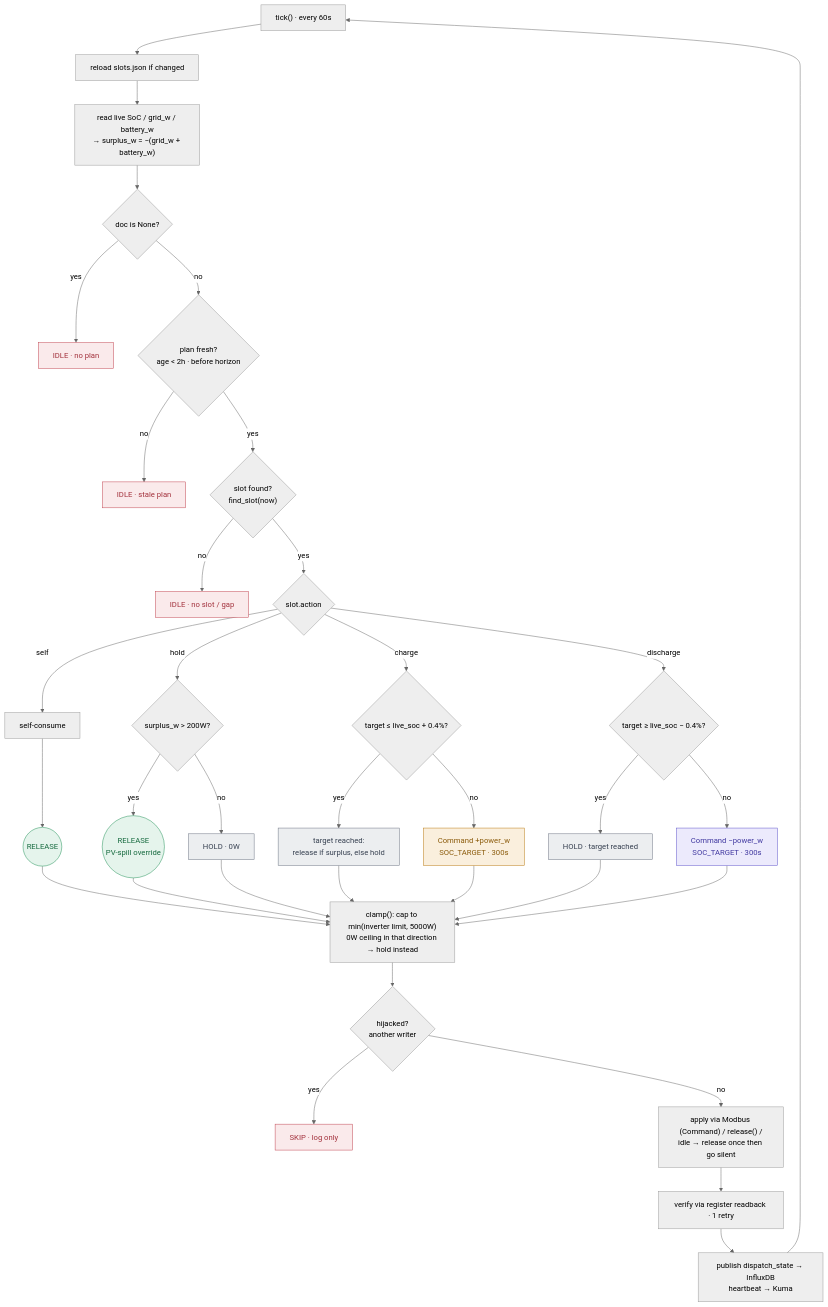
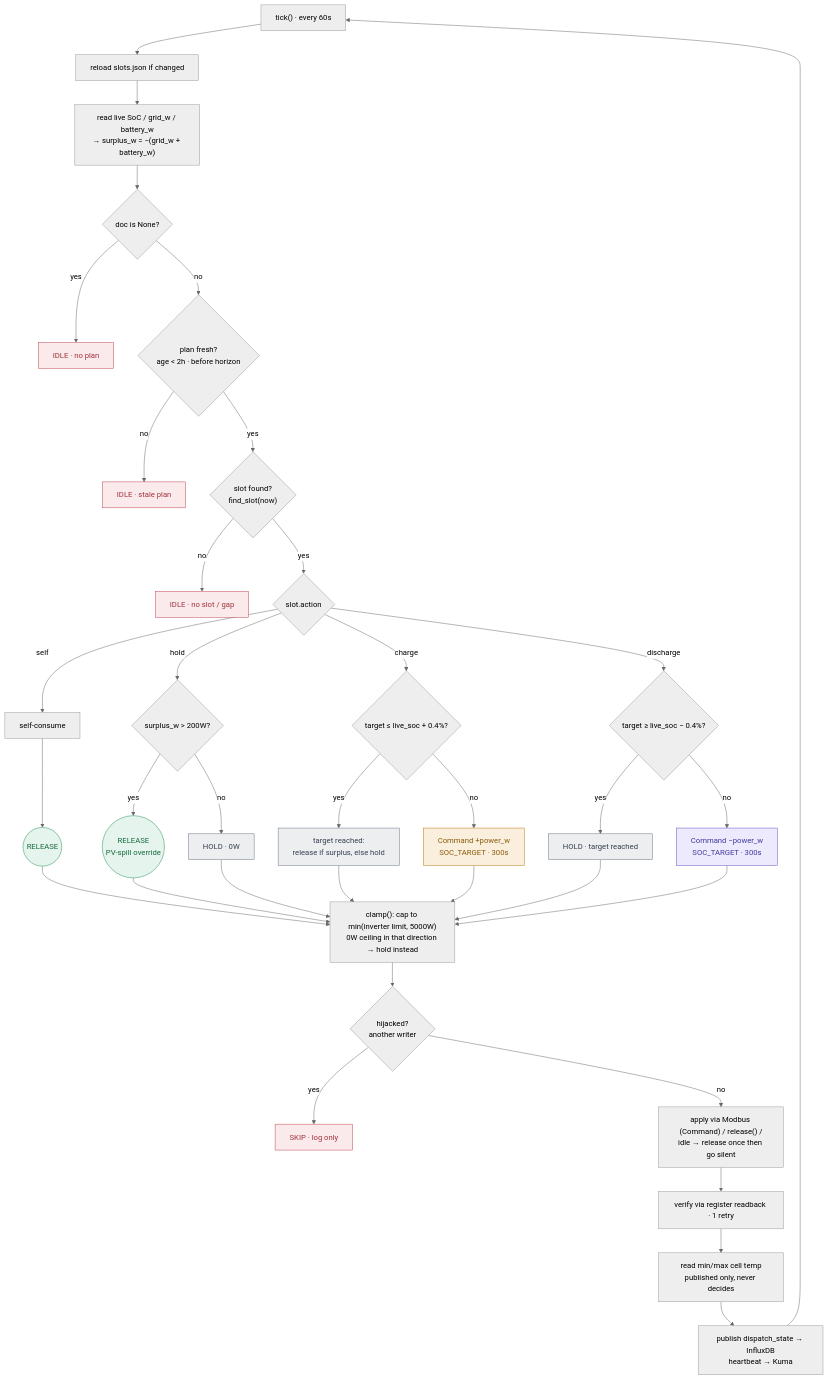
The second of 3 diagrams in docs/DISPATCH-FLOW.md (sandeepthukral/alphaess-collector), drawn with Mermaid (neutral theme) before and after one commit. The commit also changed other lines of this file and 14 other files, not shown here.

First line of the commit message:
Publish battery cell temperature from the dispatch tick (#128)

````diff
--- a/docs/DISPATCH-FLOW.md
+++ b/docs/DISPATCH-FLOW.md
@@ -28,49 +28,50 @@
 ```mermaid
 flowchart TD
     A["tick() · every 60s"] --> B[reload slots.json if changed]
     B --> C["read live SoC / grid_w / battery_w<br/>→ surplus_w = −(grid_w + battery_w)"]
     C --> D{doc is None?}
     D -- yes --> IDLE1[IDLE · no plan]
     D -- no --> E{"plan fresh?<br/>age &lt; 2h · before horizon"}
     E -- no --> IDLE2[IDLE · stale plan]
     E -- yes --> F{"slot found?<br/>find_slot(now)"}
     F -- no --> IDLE3[IDLE · no slot / gap]
     F -- yes --> G{slot.action}
 
     G -- self --> SELF[self-consume] --> REL1((RELEASE))
     G -- hold --> H{surplus_w &gt; 200W?}
     H -- yes --> REL2(("RELEASE<br/>PV-spill override"))
     H -- no --> HOLD1["HOLD · 0W"]
     G -- charge --> I{"target ≤ live_soc + 0.4%?"}
     I -- yes --> J["target reached:<br/>release if surplus, else hold"]
     I -- no --> CHG["Command +power_w<br/>SOC_TARGET · 300s"]
     G -- discharge --> K{"target ≥ live_soc − 0.4%?"}
     K -- yes --> HOLD2["HOLD · target reached"]
     K -- no --> DIS["Command −power_w<br/>SOC_TARGET · 300s"]
 
     REL1 --> CLAMP
     REL2 --> CLAMP
     HOLD1 --> CLAMP
     J --> CLAMP
     CHG --> CLAMP
     HOLD2 --> CLAMP
     DIS --> CLAMP
 
     CLAMP["clamp(): cap to min(inverter limit, 5000W)<br/>0W ceiling in that direction → hold instead"] --> M{"hijacked?<br/>another writer"}
     M -- yes --> SKIP[SKIP · log only]
     M -- no --> N["apply via Modbus (Command) / release() /<br/>idle → release once then go silent"]
     N --> O[verify via register readback · 1 retry]
-    O --> PUB["publish dispatch_state → InfluxDB<br/>heartbeat → Kuma"]
+    O --> TEMP["read min/max cell temp<br/>published only, never decides"]
+    TEMP --> PUB["publish dispatch_state → InfluxDB<br/>heartbeat → Kuma"]
     PUB --> A
 
     classDef release fill:#e5f4ec,stroke:#1f8f56,color:#166a3f;
     classDef hold fill:#eceef0,stroke:#6b7280,color:#374151;
     classDef charge fill:#faefdd,stroke:#b8790f,color:#8a5a0a;
     classDef discharge fill:#eceafc,stroke:#5b52c9,color:#4038a0;
     classDef idle fill:#faeaeb,stroke:#c14350,color:#a3323d;
     class REL1,REL2 release;
     class HOLD1,HOLD2,J hold;
     class CHG charge;
     class DIS discharge;
     class IDLE1,IDLE2,IDLE3,SKIP idle;
 ```
````
